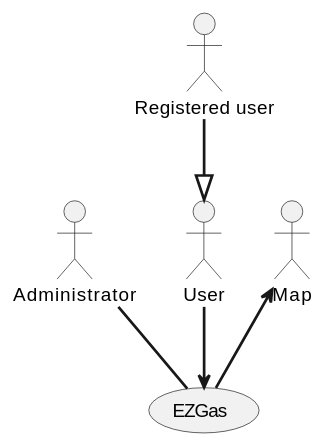
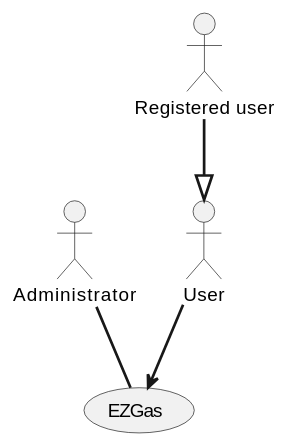
Before and after one commit to SoftengPoliTo/Lab2: the first of 3 diagrams in REQ_s280105.md, drawn with PlantUML. The commit also changed other lines of this file, not shown here.

````diff
--- a/REQ_s280105.md
+++ b/REQ_s280105.md
@@ -61,10 +69,8 @@
 ```plantuml
 actor Administrator as a
 actor User as u
 actor "Registered user" as r
-actor Map as m
-m <== (EZGas)
 a == (EZGas)
 r ==|> u
 u ==> (EZGas)
 ```
````
